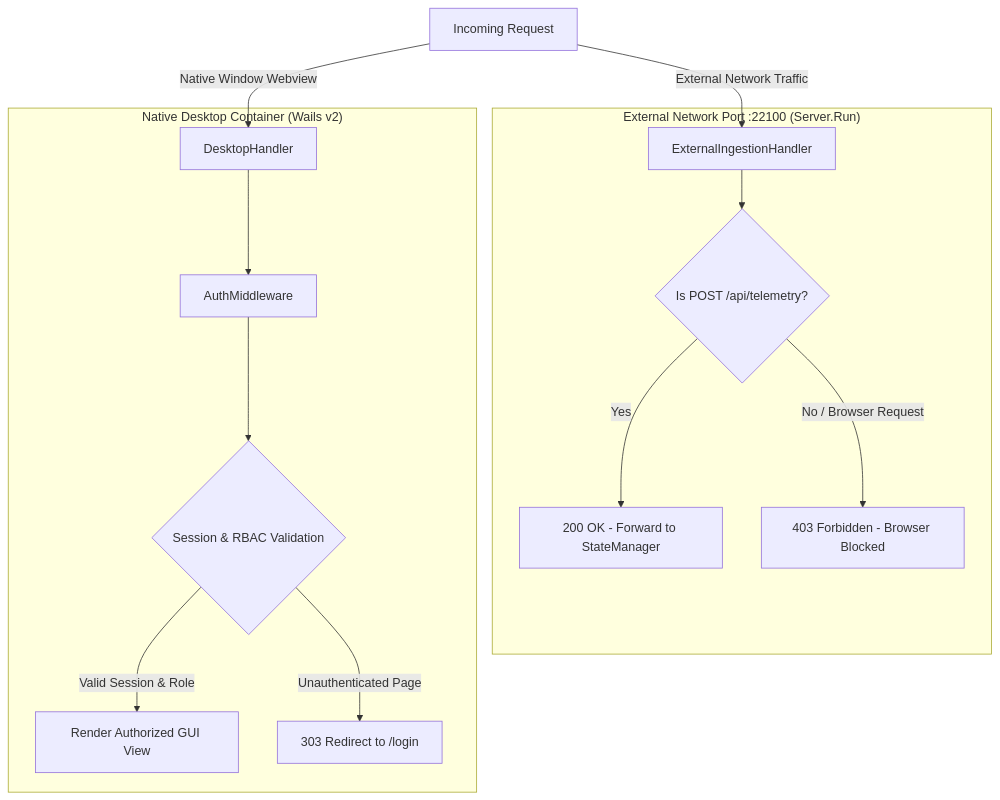
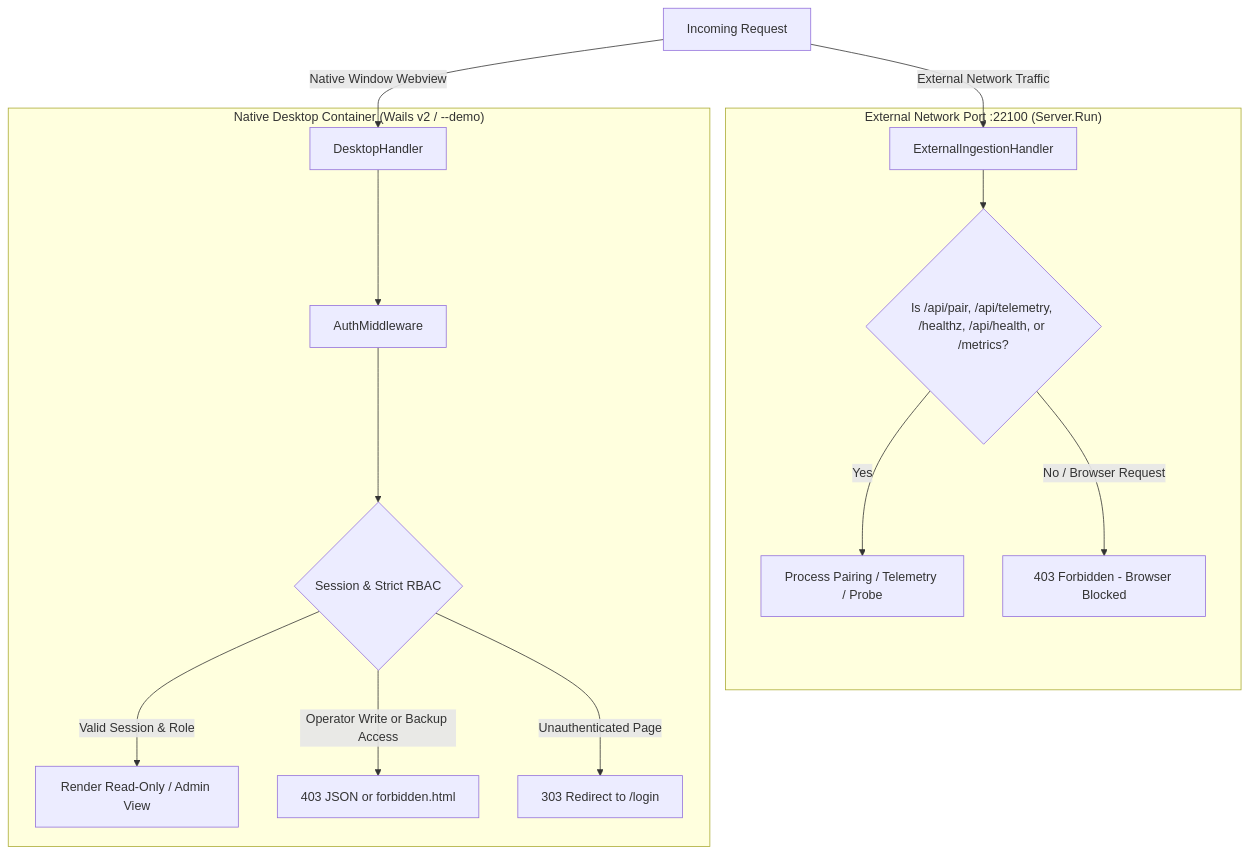
One commit to Noxfort-Systems-Brazil/MONITOR changed the second of 2 diagrams in docs/SECURITY.md. Above: the diagram before and after it, drawn with Mermaid. The commit also changed other lines of this file and 186 other files, not shown here.

````diff
--- a/docs/SECURITY.md
+++ b/docs/SECURITY.md
@@ -107,30 +144,32 @@
 ```mermaid
 graph TD
     Client[Incoming Request]
-    
+
     subgraph "External Network Port :22100 (Server.Run)"
         Ext[ExternalIngestionHandler]
-        TelCheck{Is POST /api/telemetry?}
-        AllowTel[200 OK - Forward to StateManager]
+        TelCheck{Is /api/pair, /api/telemetry, /healthz, /api/health, or /metrics?}
+        AllowTel[Process Pairing / Telemetry / Probe]
         DenyExt[403 Forbidden - Browser Blocked]
     end
 
-    subgraph "Native Desktop Container (Wails v2)"
+    subgraph "Native Desktop Container (Wails v2 / --demo)"
         DesktopMux[DesktopHandler]
         AuthMW[AuthMiddleware]
-        RBAC{Session & RBAC Validation}
-        AllowInternal[Render Authorized GUI View]
+        RBAC{Session & Strict RBAC}
+        AllowRead[Render Read-Only / Admin View]
+        DenyOp[403 JSON or forbidden.html]
         RedirectLogin[303 Redirect to /login]
     end
 
     Client -->|External Network Traffic| Ext
     Ext --> TelCheck
     TelCheck -->|Yes| AllowTel
     TelCheck -->|No / Browser Request| DenyExt
 
     Client -->|Native Window Webview| DesktopMux
     DesktopMux --> AuthMW
     AuthMW --> RBAC
-    RBAC -->|Valid Session & Role| AllowInternal
+    RBAC -->|Valid Session & Role| AllowRead
+    RBAC -->|Operator Write or Backup Access| DenyOp
     RBAC -->|Unauthenticated Page| RedirectLogin
 ```
````
